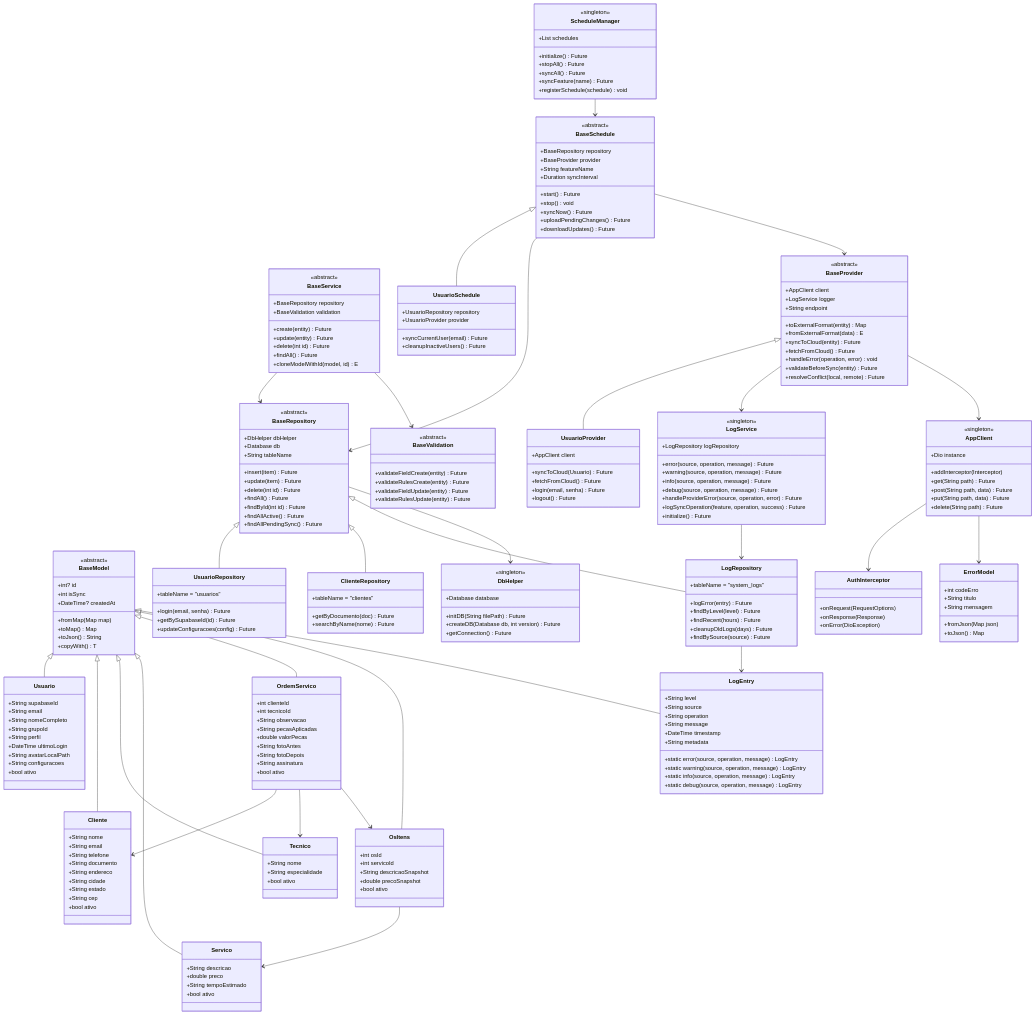
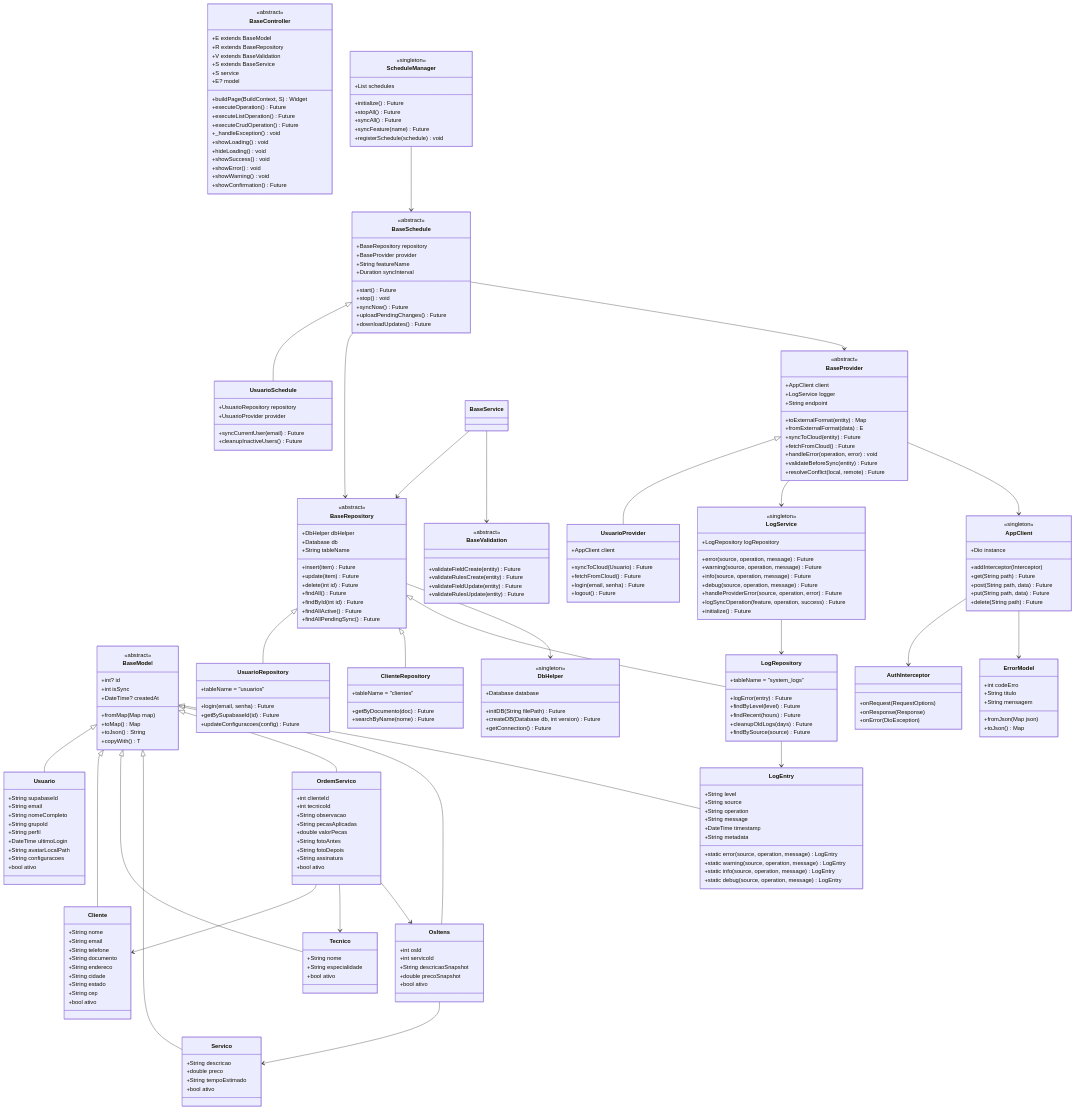
The first of 2 diagrams in README.md (marquesclayton/ads5-20261-serviceflow), drawn with Mermaid before and after one commit. The commit also changed other lines of this file and 9 other files, not shown here.

First line of the commit message:
Add ServiceFlow docs and BaseController mixins

```diff
--- a/README.md
+++ b/README.md
@@ -171,15 +179,25 @@
         +validateRulesUpdate(entity) Future
     }
 
-    class BaseService {
+    class BaseController {
         <<abstract>>
-        +BaseRepository repository
-        +BaseValidation validation
-        +create(entity) Future
-        +update(entity) Future
-        +delete(int id) Future
-        +findAll() Future
-        +cloneModelWithId(model, id) E
+        +E extends BaseModel
+        +R extends BaseRepository<E>
+        +V extends BaseValidation<E,R>
+        +S extends BaseService<E,R,V>
+        +S service
+        +E? model
+        +buildPage(BuildContext, S) Widget
+        +executeOperation<T>() Future
+        +executeListOperation<T>() Future
+        +executeCrudOperation() Future
+        +_handleException() void
+        +showLoading() void
+        +hideLoading() void
+        +showSuccess() void
+        +showError() void
+        +showWarning() void
+        +showConfirmation() Future
     }
 
     class BaseProvider {
```
